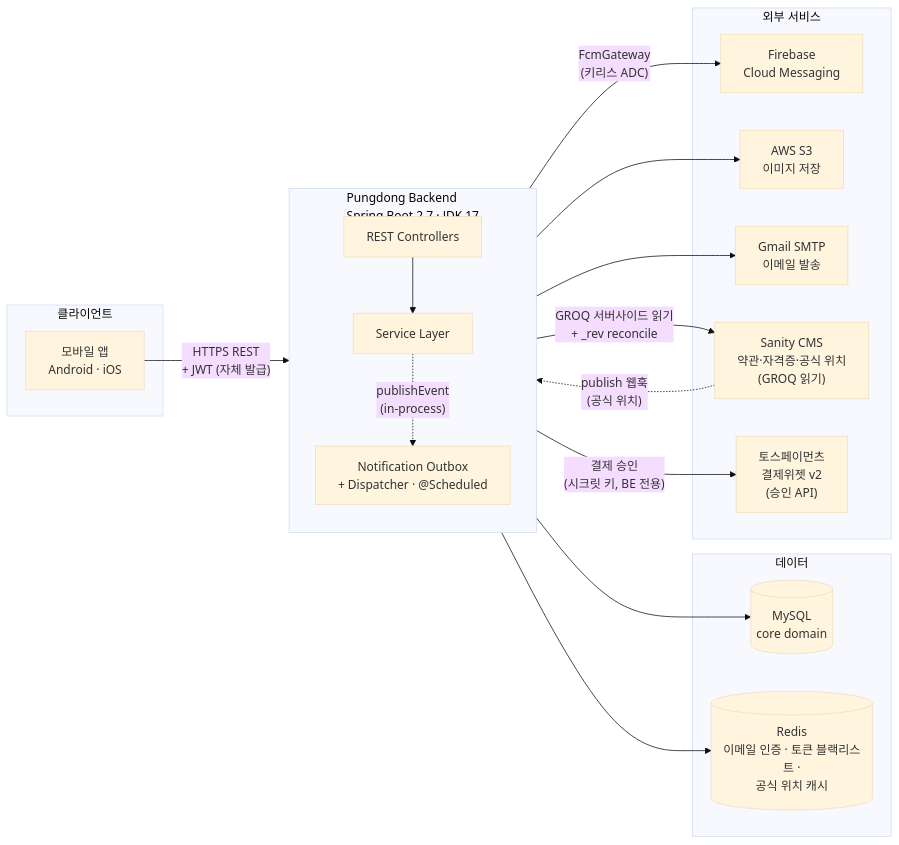
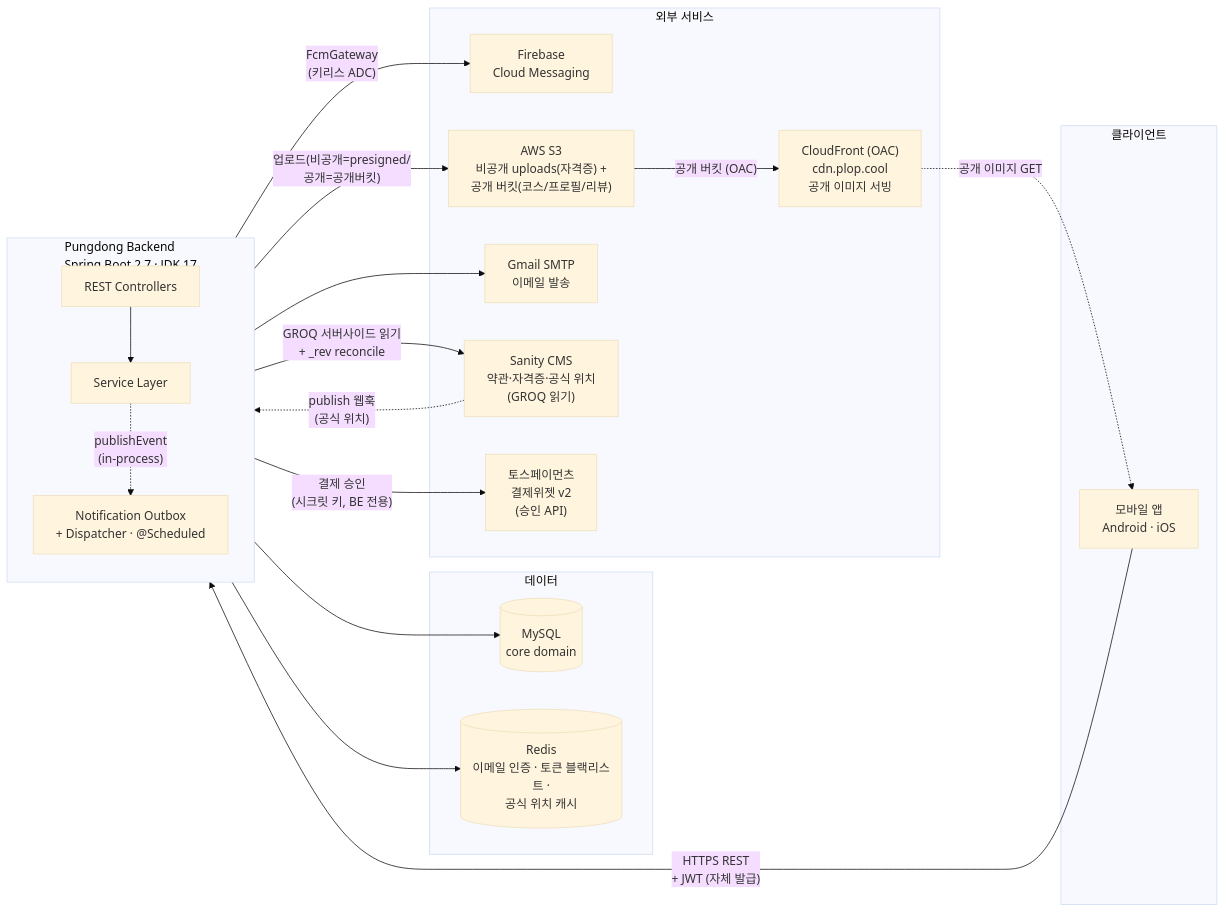
The diagram in README.md (pungdong/Pungdong-Backend), drawn with Mermaid (base theme) before and after one commit. The commit also changed 2 other files, not shown here.

Commit message:
Docs: 이미지 CDN 토폴로지 반영 (root README · infra/README · deployment)
- root README mermaid: 공개 버킷 + CloudFront(cdn.plop.cool) 노드/엣지 추가, S3 라벨 분리(비공개/공개).
- infra/README: CloudFront "생략" → 이미지 CDN 도입(persistent dns 레이어)으로 갱신.
- deployment.md 환경별 자원표: 공개 버킷 + CDN 도메인 행 추가.

````diff
--- a/README.md
+++ b/README.md
@@ -11,38 +11,41 @@
 ```mermaid
 flowchart LR
     subgraph Clients["클라이언트"]
         App["모바일 앱<br/>Android · iOS"]
     end
 
     subgraph Backend["Pungdong Backend<br/>Spring Boot 2.7 · JDK 17"]
         direction TB
         Controller["REST Controllers"]
         Service["Service Layer"]
         Notif["Notification Outbox<br/>+ Dispatcher · @Scheduled"]
         Controller --> Service
         Service -. "publishEvent<br/>(in-process)" .-> Notif
     end
 
     subgraph Data["데이터"]
         MySQL[("MySQL<br/>core domain")]
         Redis[("Redis<br/>이메일 인증 · 토큰 블랙리스트 ·<br/>공식 위치 캐시")]
     end
 
     subgraph External["외부 서비스"]
         FCM["Firebase<br/>Cloud Messaging"]
-        S3["AWS S3<br/>이미지 저장"]
+        S3["AWS S3<br/>비공개 uploads(자격증) +<br/>공개 버킷(코스/프로필/리뷰)"]
+        CDN["CloudFront (OAC)<br/>cdn.plop.cool<br/>공개 이미지 서빙"]
         SMTP["Gmail SMTP<br/>이메일 발송"]
         Sanity["Sanity CMS<br/>약관·자격증·공식 위치<br/>(GROQ 읽기)"]
         Toss["토스페이먼츠<br/>결제위젯 v2<br/>(승인 API)"]
     end
 
     App -- "HTTPS REST<br/>+ JWT (자체 발급)" --> Controller
     Service --> MySQL
     Service --> Redis
-    Service --> S3
+    Service -- "업로드(비공개=presigned/<br/>공개=공개버킷)" --> S3
+    S3 -- "공개 버킷 (OAC)" --> CDN
+    CDN -. "공개 이미지 GET" .-> App
     Service --> SMTP
     Service -- "GROQ 서버사이드 읽기<br/>+ _rev reconcile" --> Sanity
     Service -- "결제 승인<br/>(시크릿 키, BE 전용)" --> Toss
     Sanity -. "publish 웹훅<br/>(공식 위치)" .-> Controller
     Notif -- "FcmGateway<br/>(키리스 ADC)" --> FCM
 ```
````
